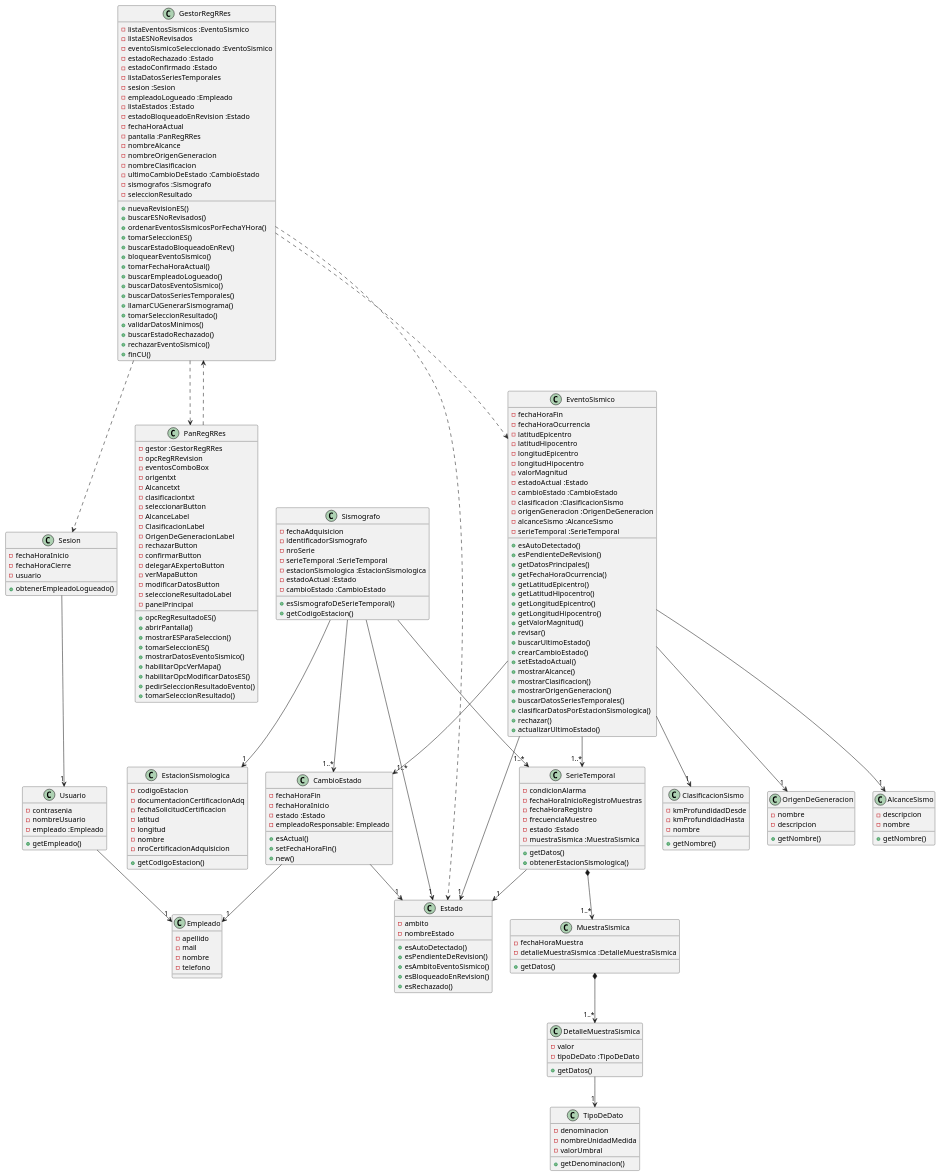
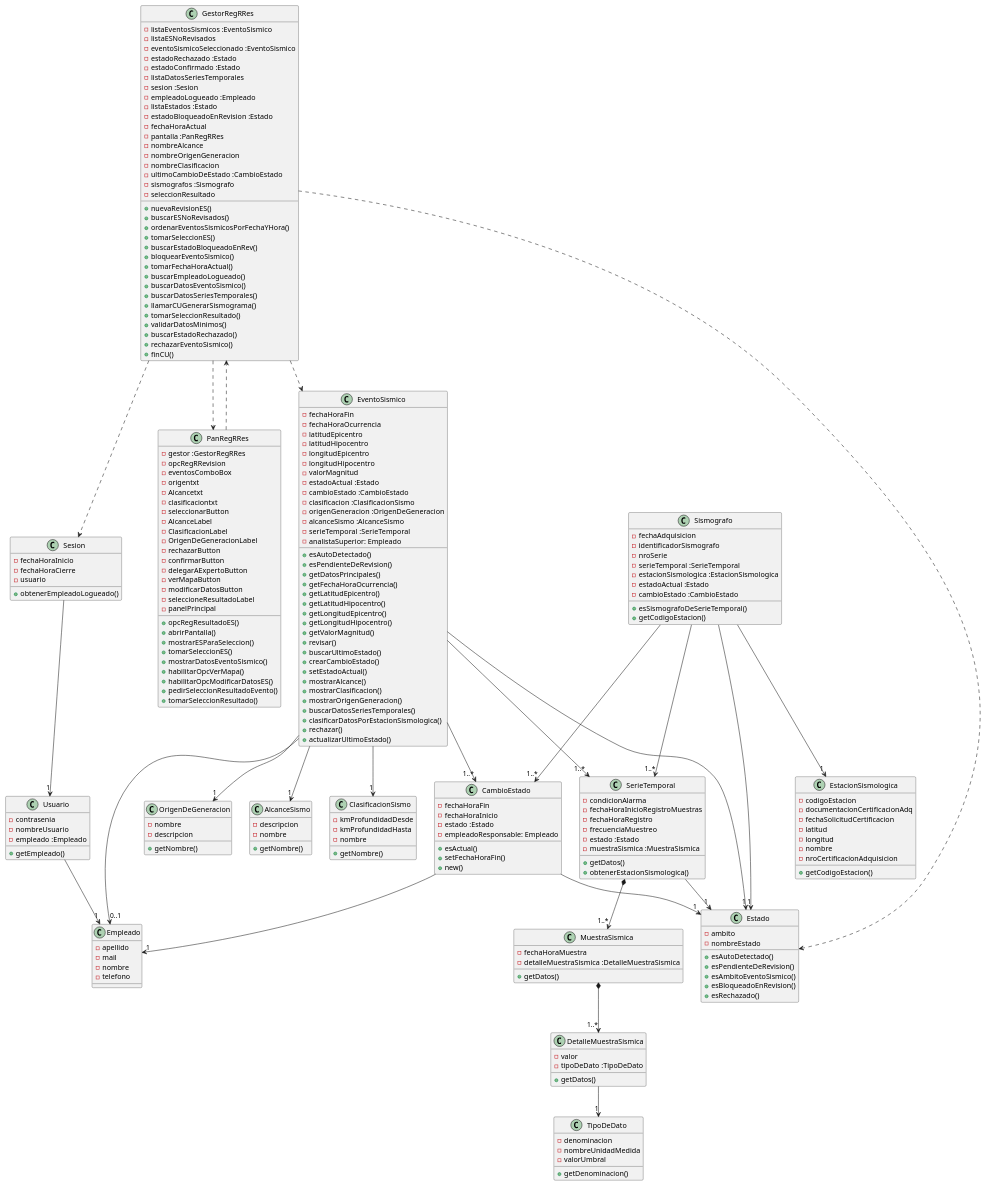
One commit to santiwg/TPI-DS2025-G1 changed the diagram in diagrama-vista-estatica.wsd. Above: the diagram before and after it, drawn with PlantUML. The commit also changed 8 other files, not shown here.

Commit message:
Saco métodos que no se usan y agrego analista supervisor al evento

```diff
--- a/diagrama-vista-estatica.wsd
+++ b/diagrama-vista-estatica.wsd
@@ -145,6 +145,7 @@
     -origenGeneracion :OrigenDeGeneracion
     -alcanceSismo :AlcanceSismo
     -serieTemporal :SerieTemporal
+    -analistaSuperior: Empleado
 
     +esAutoDetectado()
     +esPendienteDeRevision()
@@ -260,6 +261,7 @@
 EventoSismico -->"1..*" SerieTemporal
 
 EventoSismico -->"1..*"CambioEstado
+EventoSismico -->"0..1"Empleado
 
 SerieTemporal *-->"1..*" MuestraSismica
 
```
